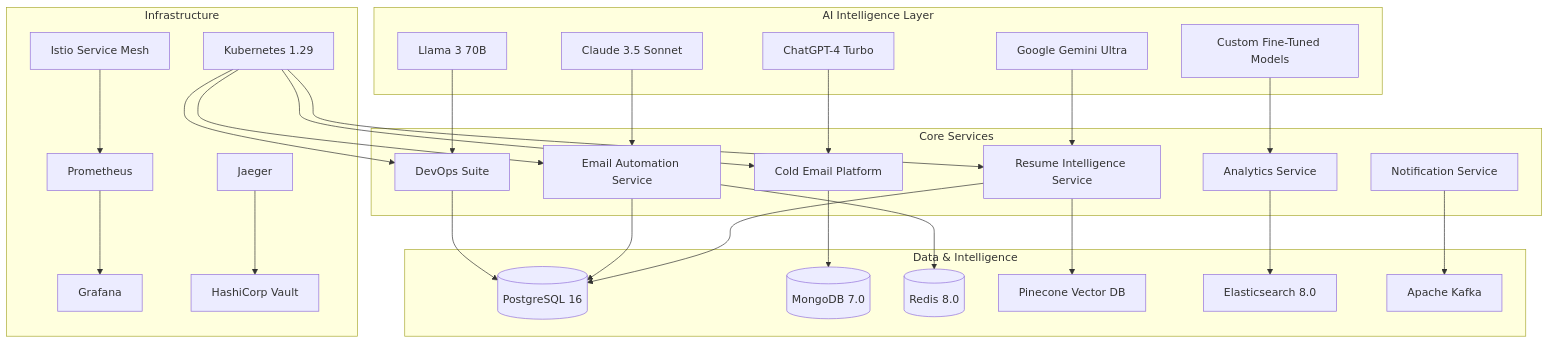
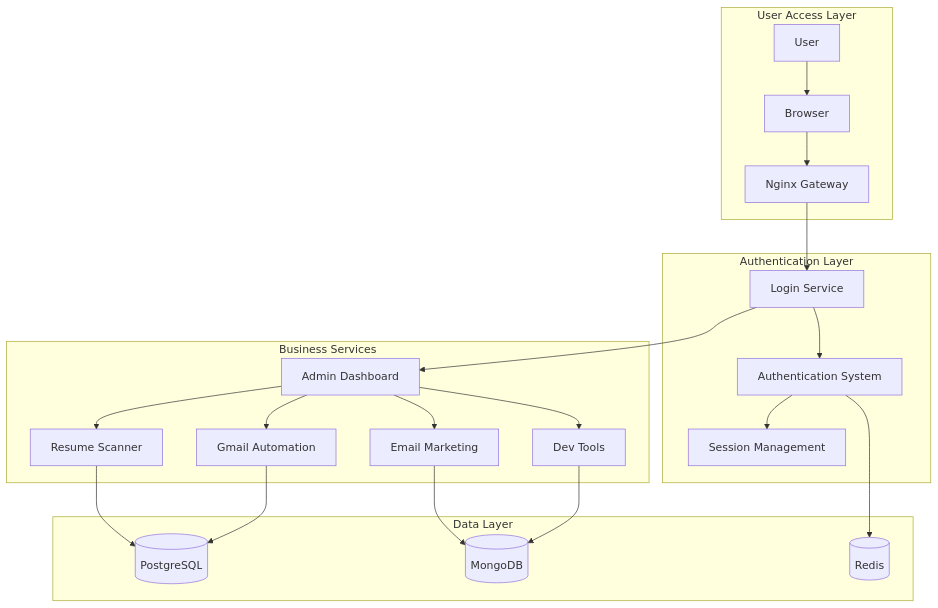
Before and after one commit to shubhamdagar9854/smart-workflow-tools: the diagram in README.md, drawn with Mermaid. The commit also changed other lines of this file, not shown here.

````diff
--- a/README.md
+++ b/README.md
@@ -27,61 +27,29 @@
 ```mermaid
 graph TB
-    subgraph "AI Intelligence Layer"
-        GEMINI[Google Gemini Ultra]
-        CLAUDE[Claude 3.5 Sonnet]
-        GPT4[ChatGPT-4 Turbo]
-        LLAMA[Llama 3 70B]
-        CUSTOM[Custom Fine-Tuned Models]
+    subgraph "User Access Layer"
+        USER[User] --> BROWSER[Browser]
+        BROWSER --> NGINX[Nginx Gateway]
     end
     
-    subgraph "Core Services"
-        RS[Resume Intelligence Service]
-        ES[Email Automation Service]
-        CS[Cold Email Platform]
-        DS[DevOps Suite]
-        AS[Analytics Service]
-        NS[Notification Service]
+    subgraph "Authentication Layer"
+        NGINX --> LOGIN[Login Service]
+        LOGIN --> AUTH[Authentication System]
+        AUTH --> SESSION[Session Management]
     end
     
-    subgraph "Data & Intelligence"
-        PG[(PostgreSQL 16)]
-        MONGO[(MongoDB 7.0)]
-        REDIS[(Redis 8.0)]
-        VECTOR[Pinecone Vector DB]
-        ELASTIC[Elasticsearch 8.0]
-        STREAM[Apache Kafka]
+    subgraph "Business Services"
+        LOGIN --> DASHBOARD[Admin Dashboard]
+        DASHBOARD --> RS[Resume Scanner]
+        DASHBOARD --> ES[Email Marketing]
+        DASHBOARD --> GS[Gmail Automation]
+        DASHBOARD --> DS[Dev Tools]
     end
     
-    subgraph "Infrastructure"
-        K8S[Kubernetes 1.29]
-        ISTIO[Istio Service Mesh]
-        PROM[Prometheus]
-        GRAF[Grafana]
-        JAEGER[Jaeger]
-        VAULT[HashiCorp Vault]
+    subgraph "Data Layer"
+        RS --> PG[(PostgreSQL)]
+        ES --> MONGO[(MongoDB)]
+        GS --> PG
+        DS --> MONGO
+        AUTH --> REDIS[(Redis)]
     end
-    
-    GEMINI --> RS
-    CLAUDE --> ES
-    GPT4 --> CS
-    LLAMA --> DS
-    CUSTOM --> AS
-    
-    RS --> PG
-    RS --> VECTOR
-    ES --> PG
-    ES --> REDIS
-    CS --> MONGO
-    DS --> PG
-    AS --> ELASTIC
-    NS --> STREAM
-    
-    K8S --> RS
-    K8S --> ES
-    K8S --> CS
-    K8S --> DS
-    
-    ISTIO --> PROM
-    PROM --> GRAF
-    JAEGER --> VAULT
 ```
````
